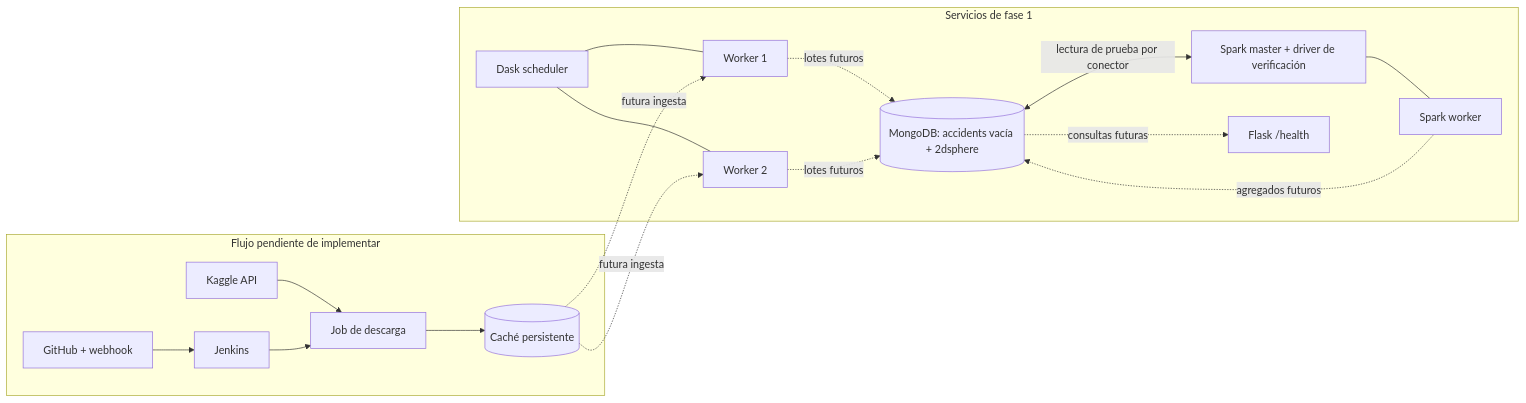
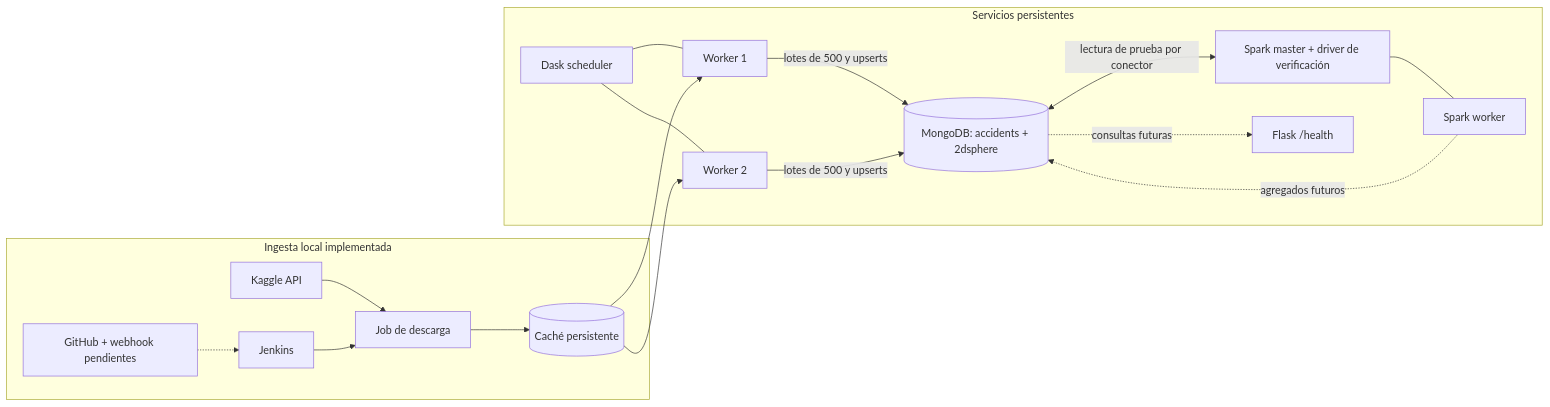
Before and after one commit to DavierGonz/ParcialBigData: the diagram in docs/arquitectura.md, drawn with Mermaid. The commit also changed other lines of this file and 1 other file, not shown here.

Commit message:
docs: trace verified Kaggle Dask Mongo ingestion requirements

````diff
--- a/docs/arquitectura.md
+++ b/docs/arquitectura.md
@@ -5,23 +5,23 @@
 ```mermaid
 flowchart LR
-  subgraph futuro[Flujo pendiente de implementar]
-    GH[GitHub + webhook] --> J[Jenkins]
+  subgraph ingesta[Ingesta local implementada]
+    GH[GitHub + webhook pendientes] -.-> J[Jenkins]
     K[Kaggle API] --> DL[Job de descarga]
     J --> DL
     DL --> V[(Caché persistente)]
   end
-  subgraph actual[Servicios de fase 1]
+  subgraph actual[Servicios persistentes]
     DS[Dask scheduler] --- D1[Worker 1]
     DS --- D2[Worker 2]
-    M[(MongoDB: accidents vacía + 2dsphere)]
+    M[(MongoDB: accidents + 2dsphere)]
     SM[Spark master + driver de verificación] --- SW[Spark worker]
     A[Flask /health]
   end
-  V -. futura ingesta .-> D1
-  V -. futura ingesta .-> D2
-  D1 -. lotes futuros .-> M
-  D2 -. lotes futuros .-> M
+  V --> D1
+  V --> D2
+  D1 -- lotes de 500 y upserts --> M
+  D2 -- lotes de 500 y upserts --> M
   M <-- lectura de prueba por conector --> SM
   SW -. agregados futuros .-> M
   M -. consultas futuras .-> A
 ```
````
